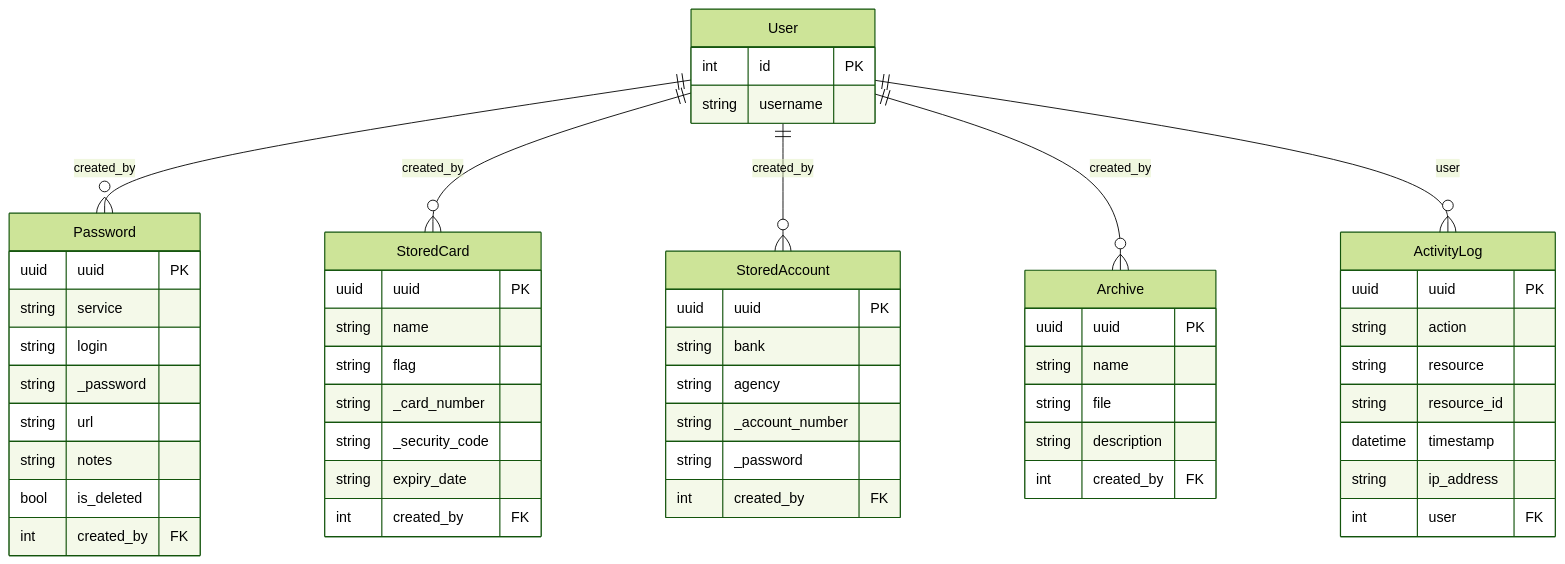
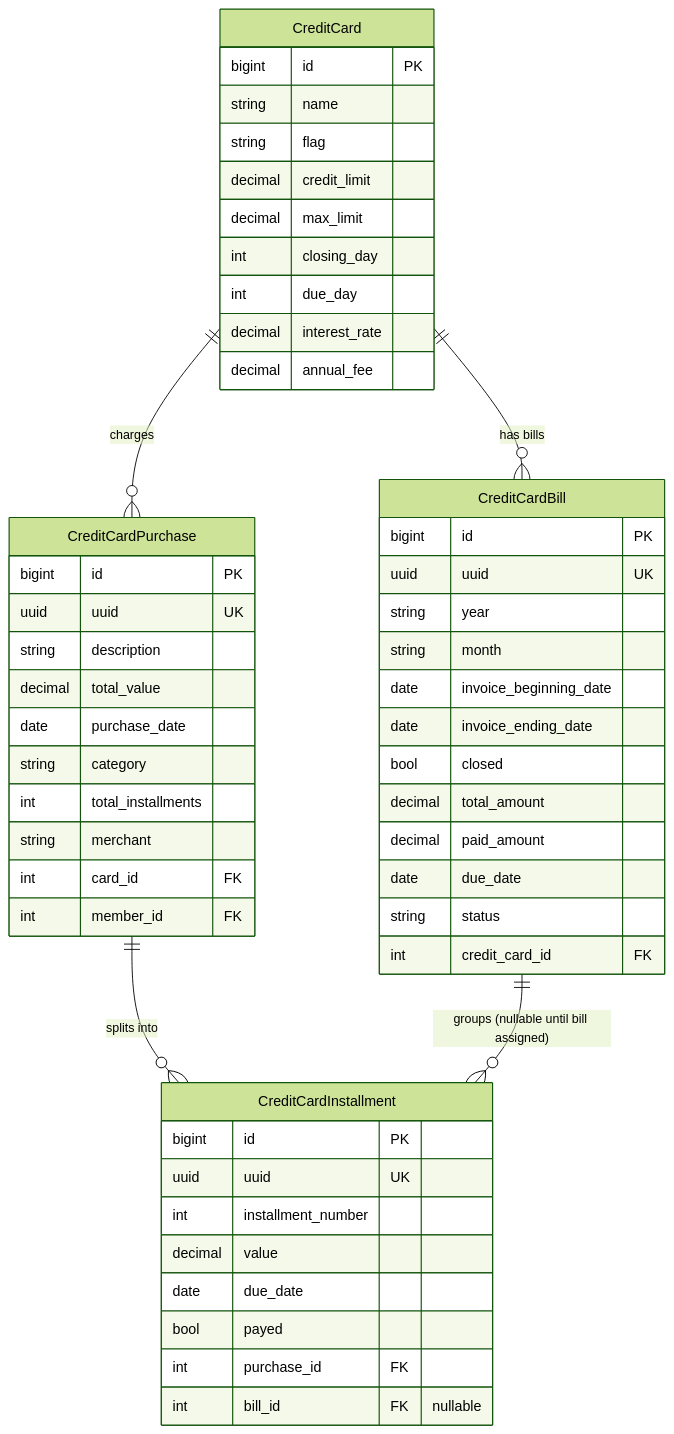
One commit to tarcisioribeiro/Axiom changed the fifth of 24 diagrams in documentation/architecture/diagrams.md. Above: the diagram before and after it, drawn with Mermaid (forest theme). The commit also changed other lines of this file and 5 other files, not shown here.

Commit message:
docs: updated diagrams

````diff
--- a/documentation/architecture/diagrams.md
+++ b/documentation/architecture/diagrams.md
@@ -330,61 +359,58 @@
 ```mermaid
 erDiagram
-    User {
-        int id PK
-        string username
+    CreditCard {
+        bigint id PK
+        string name
+        string flag
+        decimal credit_limit
+        decimal max_limit
+        int closing_day
+        int due_day
+        decimal interest_rate
+        decimal annual_fee
     }
 
-    Password {
-        uuid uuid PK
-        string service
-        string login
-        string _password
-        string url
-        string notes
-        bool is_deleted
-        int created_by FK
+    CreditCardBill {
+        bigint id PK
+        uuid uuid UK
+        string year
+        string month
+        date invoice_beginning_date
+        date invoice_ending_date
+        bool closed
+        decimal total_amount
+        decimal paid_amount
+        date due_date
+        string status
+        int credit_card_id FK
     }
 
-    StoredCard {
-        uuid uuid PK
-        string name
-        string flag
-        string _card_number
-        string _security_code
-        string expiry_date
-        int created_by FK
+    CreditCardPurchase {
+        bigint id PK
+        uuid uuid UK
+        string description
+        decimal total_value
+        date purchase_date
+        string category
+        int total_installments
+        string merchant
+        int card_id FK
+        int member_id FK
     }
 
-    StoredAccount {
-        uuid uuid PK
-        string bank
-        string agency
-        string _account_number
-        string _password
-        int created_by FK
+    CreditCardInstallment {
+        bigint id PK
+        uuid uuid UK
+        int installment_number
+        decimal value
+        date due_date
+        bool payed
+        int purchase_id FK
+        int bill_id FK "nullable"
     }
 
-    Archive {
-        uuid uuid PK
-        string name
-        string file
-        string description
-        int created_by FK
-    }
-
-    ActivityLog {
-        uuid uuid PK
-        string action
-        string resource
-        string resource_id
-        datetime timestamp
-        string ip_address
-        int user FK
-    }
-
-    User ||--o{ Password : "created_by"
-    User ||--o{ StoredCard : "created_by"
-    User ||--o{ StoredAccount : "created_by"
-    User ||--o{ Archive : "created_by"
-    User ||--o{ ActivityLog : "user"
+    CreditCard ||--o{ CreditCardBill : "has bills"
+    CreditCard ||--o{ CreditCardPurchase : "charges"
+    CreditCardPurchase ||--o{ CreditCardInstallment : "splits into"
+    CreditCardBill ||--o{ CreditCardInstallment : "groups (nullable until bill assigned)"
 ```
````
